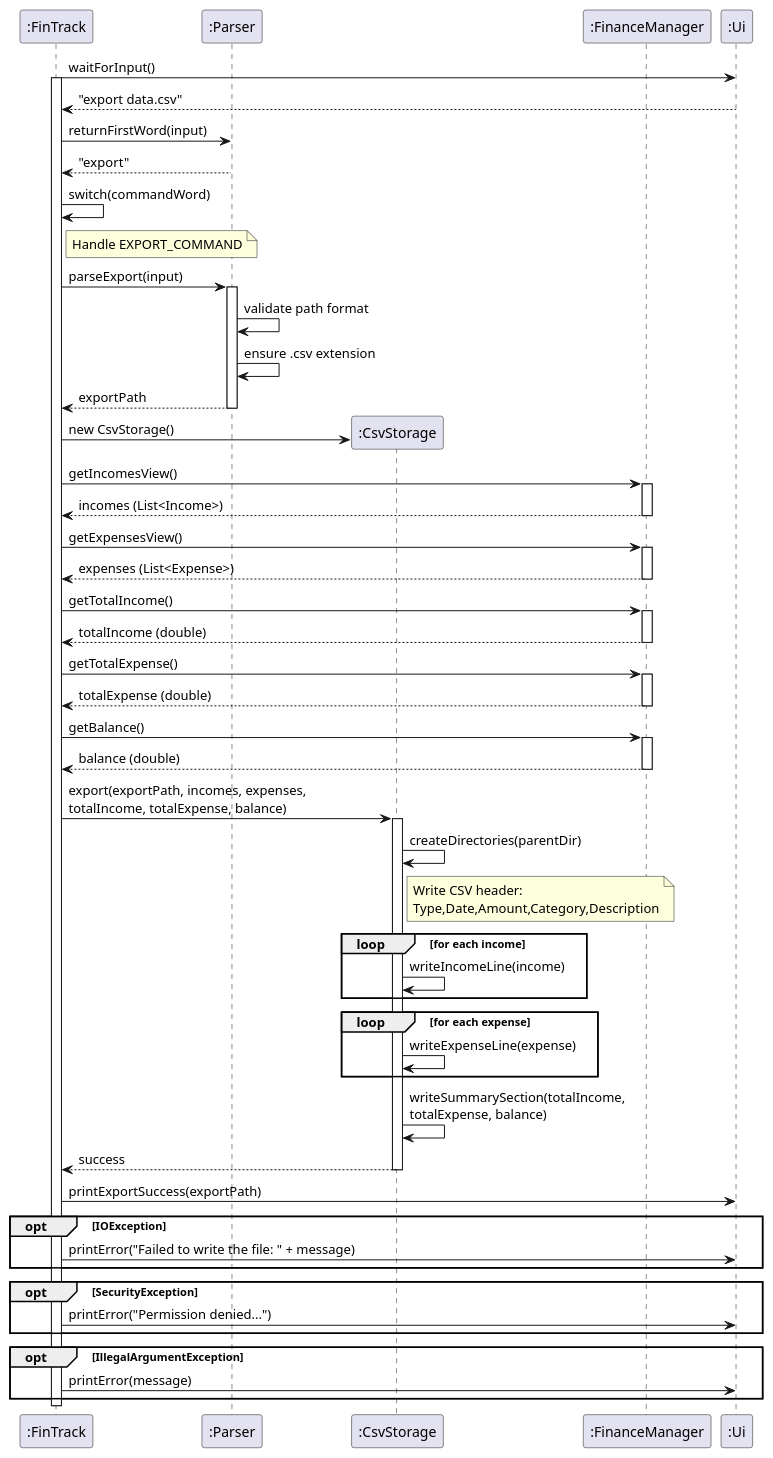
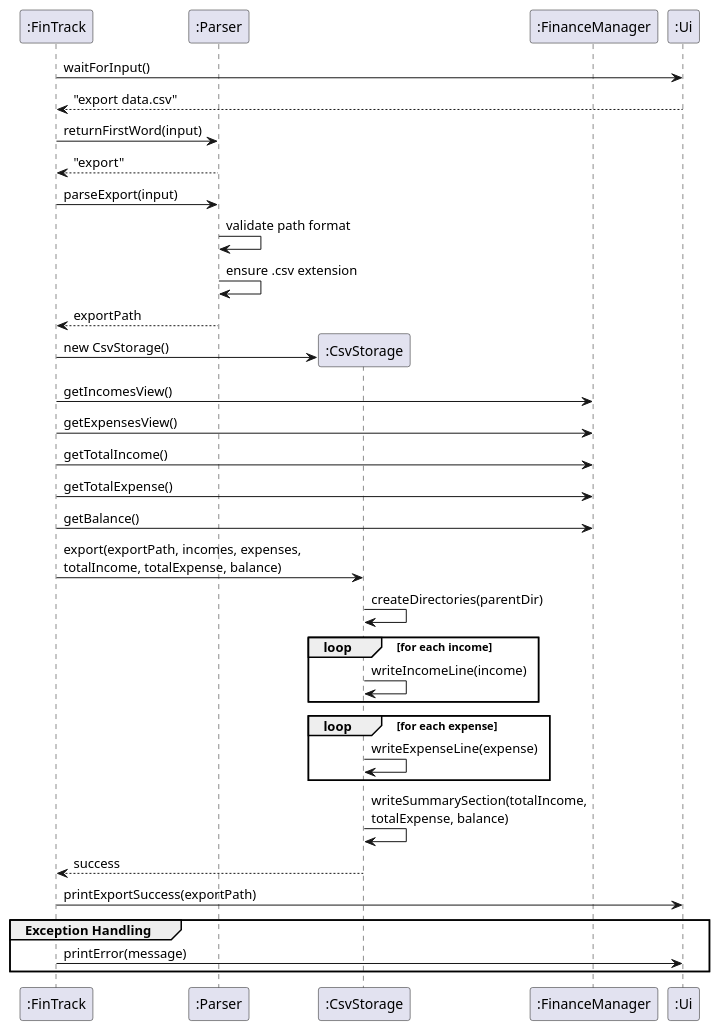
One commit to AY2526S1-CS2113-W12-4/tp changed the diagram in docs/diagrams/export.puml. Above: the diagram before and after it, drawn with PlantUML. The commit also changed 1 other file, not shown here.

Commit message:
Remove unneeded portions for export puml

```diff
--- a/docs/diagrams/export.puml
+++ b/docs/diagrams/export.puml
@@ -1,89 +1,49 @@
 @startuml
 participant ":FinTrack" as FT
 participant ":Parser" as P
 participant ":CsvStorage" as CS
 participant ":FinanceManager" as FM
 participant ":Ui" as UI
 
 FT -> UI: waitForInput()
-activate FT
 UI --> FT: "export data.csv"
 
 FT -> P: returnFirstWord(input)
 P --> FT: "export"
 
-FT -> FT: switch(commandWord)
-
-note right of FT: Handle EXPORT_COMMAND
-
 FT -> P: parseExport(input)
-activate P
 P -> P: validate path format
 P -> P: ensure .csv extension
 P --> FT: exportPath
-deactivate P
 
 create CS
 FT -> CS: new CsvStorage()
 
 FT -> FM: getIncomesView()
-activate FM
-FM --> FT: incomes (List<Income>)
-deactivate FM
-
 FT -> FM: getExpensesView()
-activate FM
-FM --> FT: expenses (List<Expense>)
-deactivate FM
-
 FT -> FM: getTotalIncome()
-activate FM
-FM --> FT: totalIncome (double)
-deactivate FM
-
 FT -> FM: getTotalExpense()
-activate FM
-FM --> FT: totalExpense (double)
-deactivate FM
-
 FT -> FM: getBalance()
-activate FM
-FM --> FT: balance (double)
-deactivate FM
 
 FT -> CS: export(exportPath, incomes, expenses,\ntotalIncome, totalExpense, balance)
-activate CS
 
 CS -> CS: createDirectories(parentDir)
-
-note right of CS: Write CSV header:\nType,Date,Amount,Category,Description
 
 loop for each income
     CS -> CS: writeIncomeLine(income)
 end
 
 loop for each expense
     CS -> CS: writeExpenseLine(expense)
 end
 
 CS -> CS: writeSummarySection(totalIncome,\ntotalExpense, balance)
 
 CS --> FT: success
-deactivate CS
 
 FT -> UI: printExportSuccess(exportPath)
 
-opt IOException
-    FT -> UI: printError("Failed to write the file: " + message)
-end
-
-opt SecurityException
-    FT -> UI: printError("Permission denied...")
-end
-
-opt IllegalArgumentException
+group Exception Handling
     FT -> UI: printError(message)
 end
-
-deactivate FT
 @enduml
```
